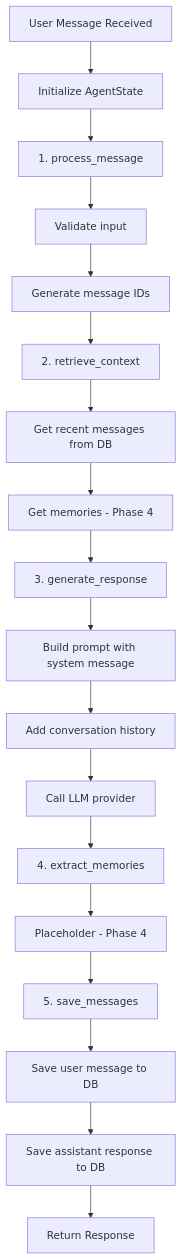
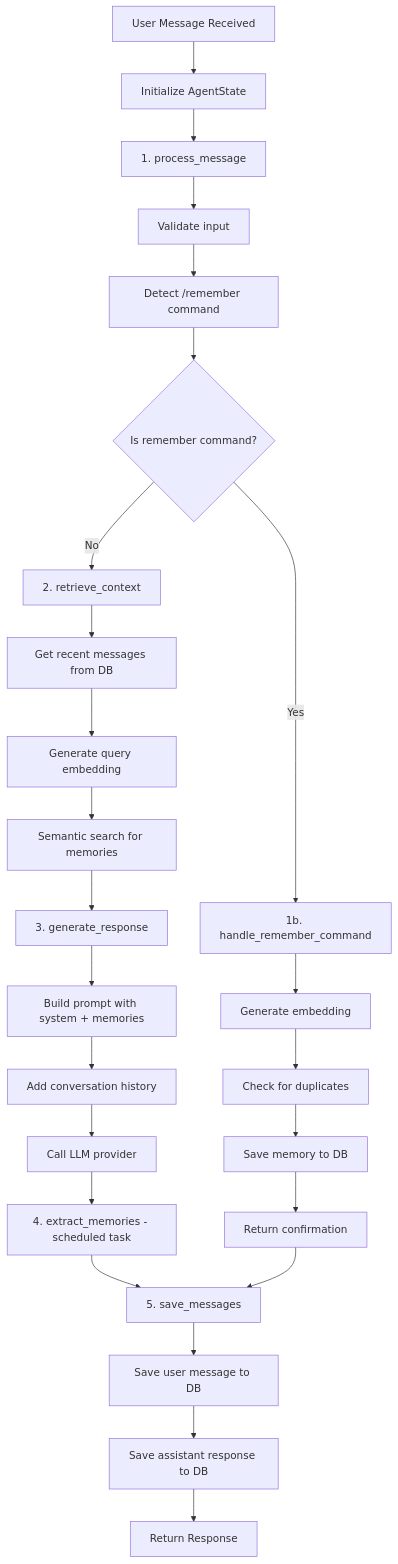
Before and after one commit to tekkno89/alfred-pa: the diagram in .claude/diagrams/agent-flow.md, drawn with Mermaid. The commit also changed other lines of this file and 27 other files, not shown here.

First line of the commit message:
feat: Implement Phase 4 memory system with semantic search

````diff
--- a/.claude/diagrams/agent-flow.md
+++ b/.claude/diagrams/agent-flow.md
@@ -5,20 +5,27 @@
 ```mermaid
 graph TD
     A[User Message Received] --> B[Initialize AgentState]
     B --> C[1. process_message]
     C --> D[Validate input]
-    D --> E[Generate message IDs]
-    E --> F[2. retrieve_context]
-    F --> G[Get recent messages from DB]
-    G --> H[Get memories - Phase 4]
-    H --> I[3. generate_response]
-    I --> J[Build prompt with system message]
-    J --> K[Add conversation history]
-    K --> L[Call LLM provider]
-    L --> M[4. extract_memories]
-    M --> N[Placeholder - Phase 4]
-    N --> O[5. save_messages]
-    O --> P[Save user message to DB]
-    P --> Q[Save assistant response to DB]
-    Q --> R[Return Response]
+    D --> E[Detect /remember command]
+    E --> F{Is remember command?}
+    F -->|Yes| G[1b. handle_remember_command]
+    G --> H[Generate embedding]
+    H --> I[Check for duplicates]
+    I --> J[Save memory to DB]
+    J --> K[Return confirmation]
+    F -->|No| L[2. retrieve_context]
+    L --> M[Get recent messages from DB]
+    M --> N[Generate query embedding]
+    N --> O[Semantic search for memories]
+    O --> P[3. generate_response]
+    P --> Q[Build prompt with system + memories]
+    Q --> R[Add conversation history]
+    R --> S[Call LLM provider]
+    S --> T[4. extract_memories - scheduled task]
+    T --> U[5. save_messages]
+    U --> V[Save user message to DB]
+    V --> W[Save assistant response to DB]
+    W --> X[Return Response]
+    K --> U
 ```
````
